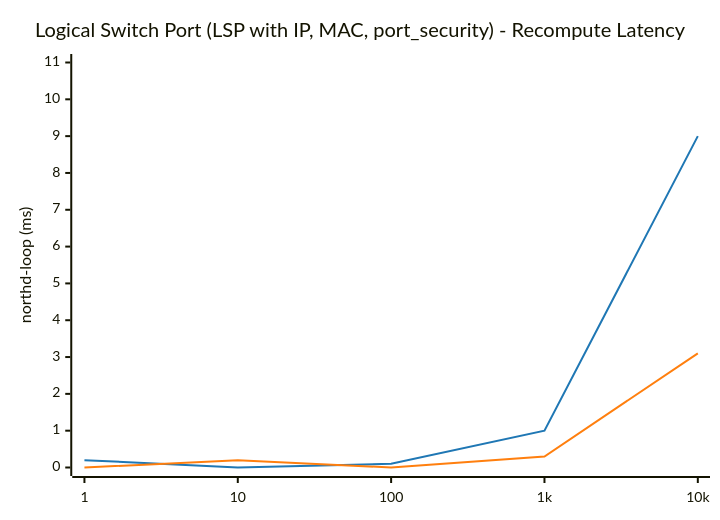
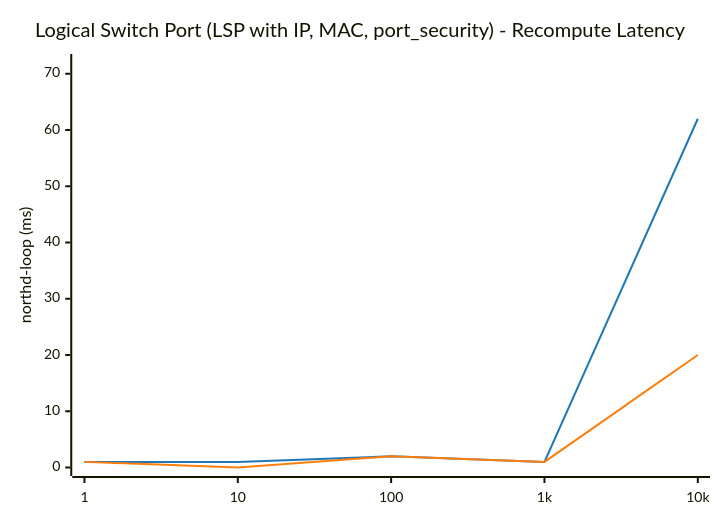
Before and after one commit to LionelJouin/ovs-ovn-bench: the first of 14 diagrams in results/BENCHMARK_REPORT.md, drawn with Mermaid. The commit also changed other lines of this file and 4 other files, not shown here.

````diff
--- a/results/BENCHMARK_REPORT.md
+++ b/results/BENCHMARK_REPORT.md
@@ -113,14 +113,14 @@
 ```mermaid
 ---
 config:
     themeVariables:
         xyChart:
             plotColorPalette: "#1f77b4, #ff7f0e"
 ---
 xychart-beta
     title "Logical Switch Port (LSP with IP, MAC, port_security) - Recompute Latency"
     x-axis ["1", "10", "100", "1k", "10k"]
-    y-axis "northd-loop (ms)" 0 --> 11
-    line "glibc malloc" [0.2, 0.0, 0.1, 1.0, 9.0]
-    line "jemalloc" [0.0, 0.2, 0.0, 0.3, 3.1]
+    y-axis "northd-loop (ms)" 0 --> 72
+    line "glibc malloc" [1.0, 1.0, 2.0, 1.0, 62.0]
+    line "jemalloc" [1.0, 0.0, 2.0, 1.0, 20.0]
 ```
````
